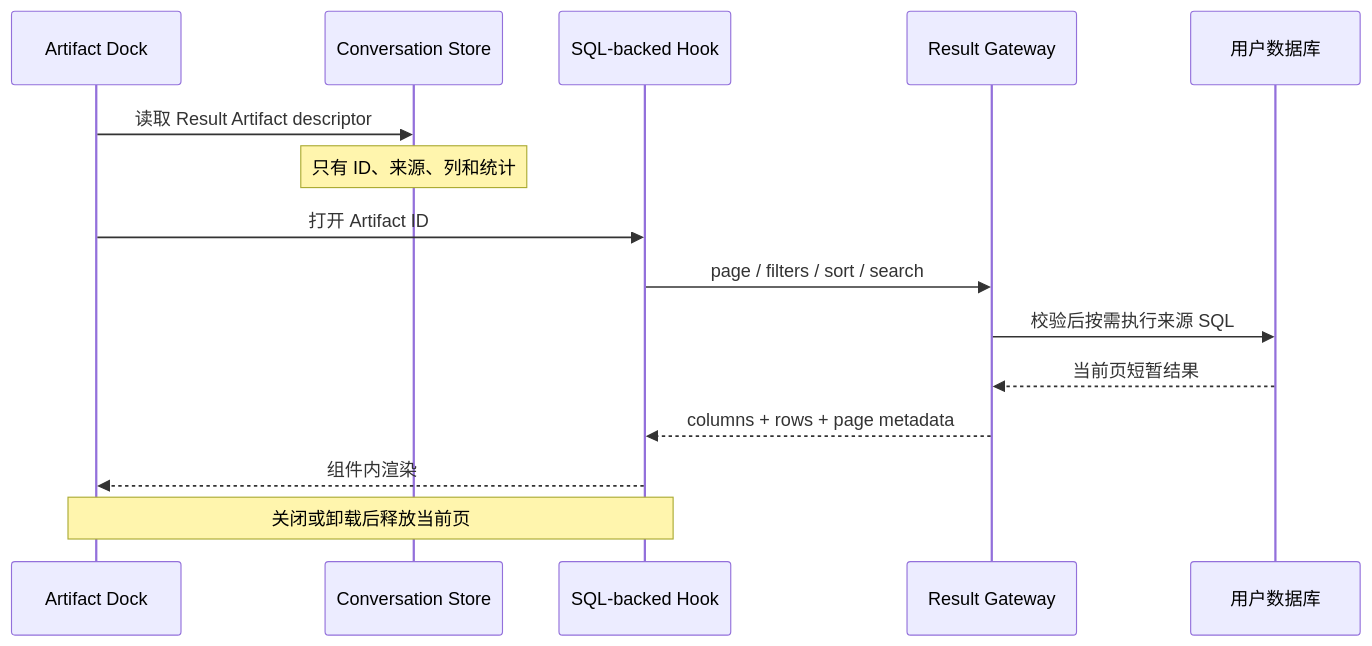
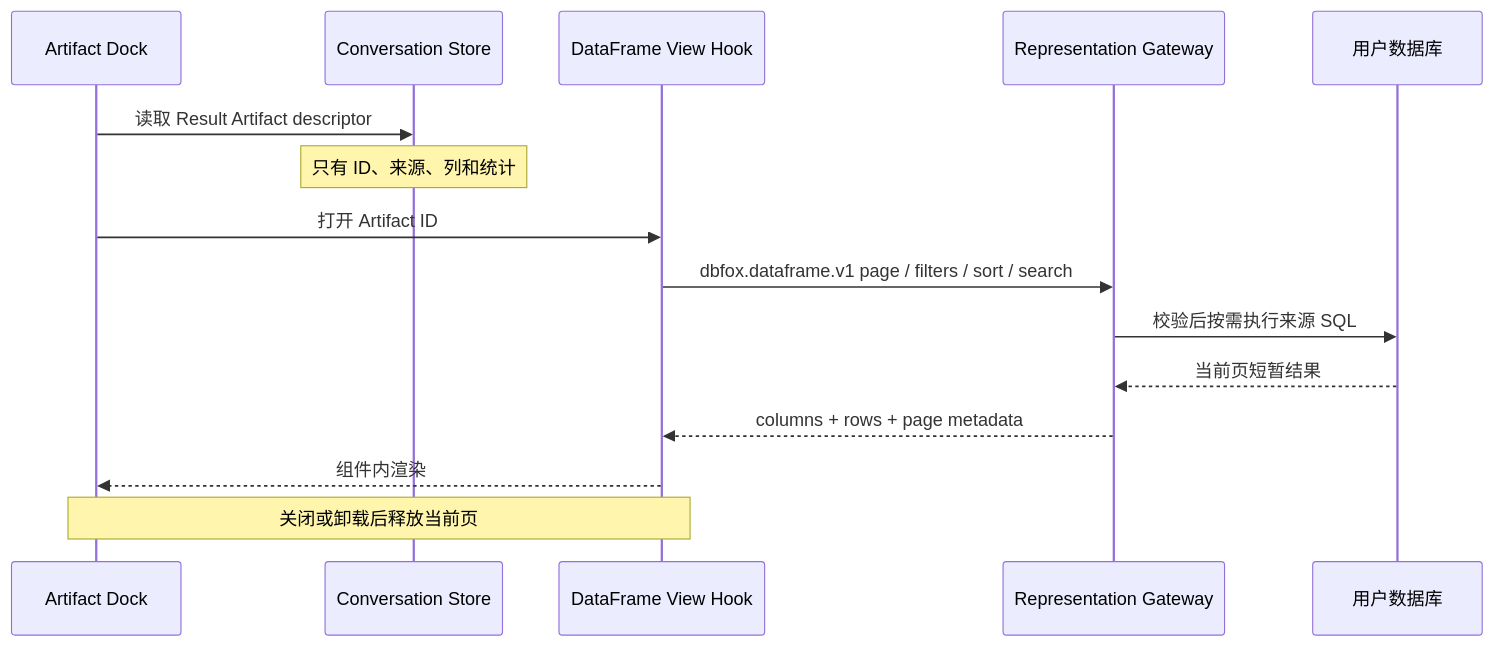
One commit to trrueee/DBFox changed the fifth of 5 diagrams in docs/architecture/frontend.md. Above: the diagram before and after it, drawn with Mermaid. The commit also changed other lines of this file and 86 other files, not shown here.

````diff
--- a/docs/architecture/frontend.md
+++ b/docs/architecture/frontend.md
@@ -179,18 +179,18 @@
 ```mermaid
 sequenceDiagram
   participant Dock as Artifact Dock
   participant Store as Conversation Store
-  participant Hook as SQL-backed Hook
-  participant API as Result Gateway
+  participant Hook as DataFrame View Hook
+  participant API as Representation Gateway
   participant DB as 用户数据库
 
   Dock->>Store: 读取 Result Artifact descriptor
   Note over Store: 只有 ID、来源、列和统计
   Dock->>Hook: 打开 Artifact ID
-  Hook->>API: page / filters / sort / search
+  Hook->>API: dbfox.dataframe.v1 page / filters / sort / search
   API->>DB: 校验后按需执行来源 SQL
   DB-->>API: 当前页短暂结果
   API-->>Hook: columns + rows + page metadata
   Hook-->>Dock: 组件内渲染
   Note over Hook,Dock: 关闭或卸载后释放当前页
 ```
````
